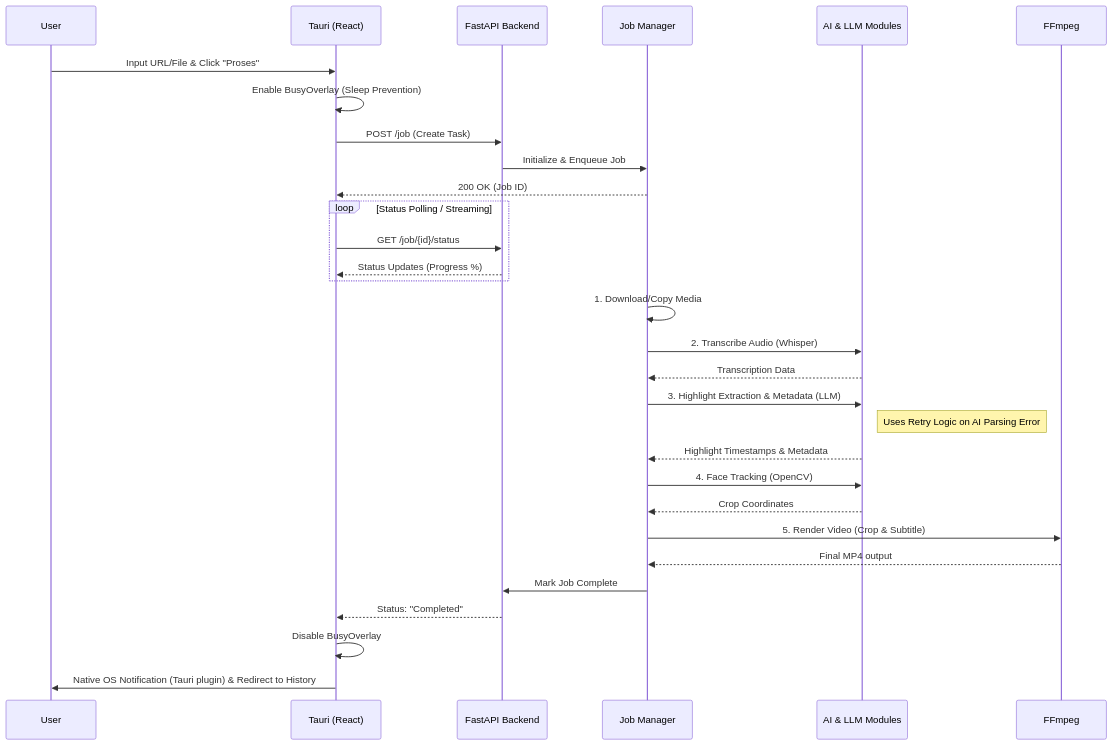
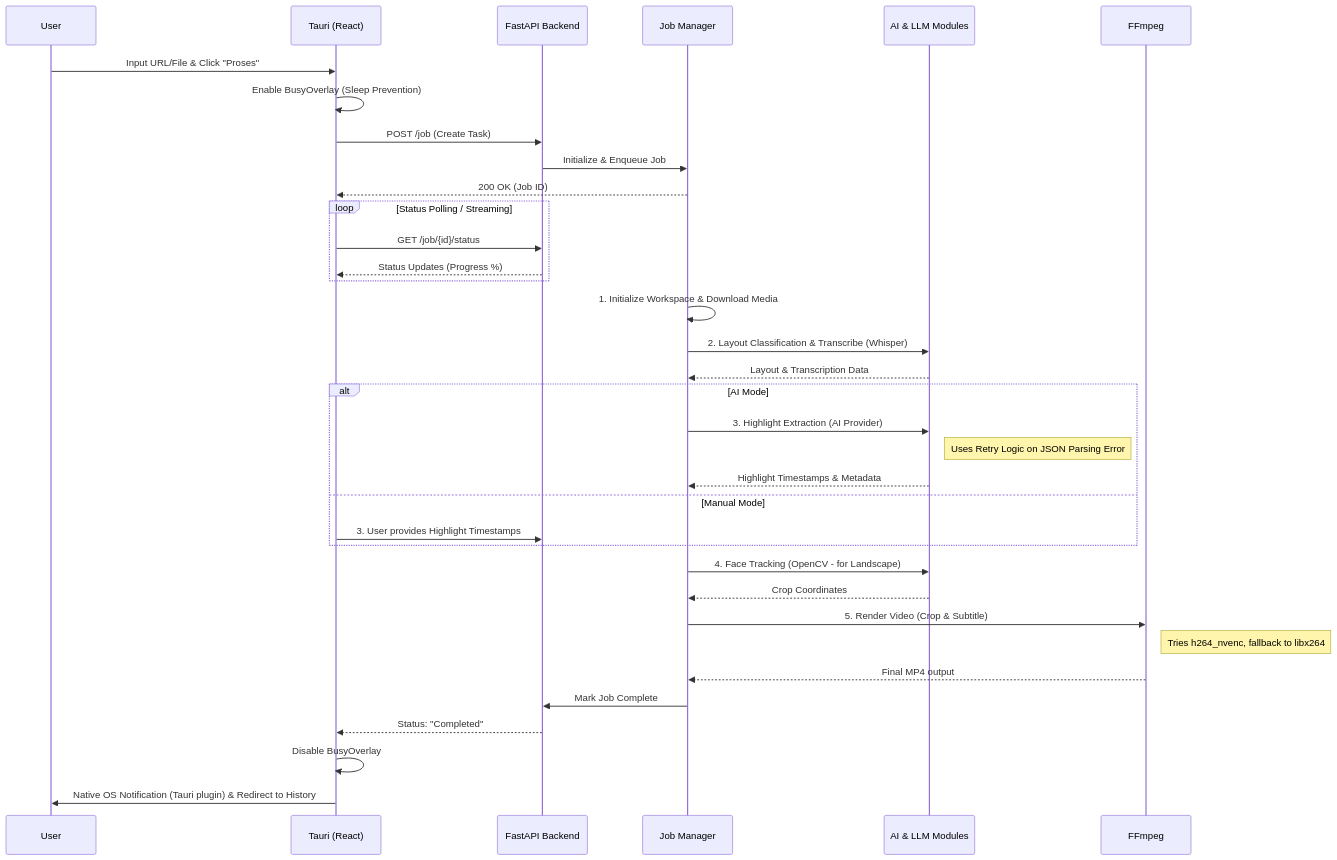
One commit to DhimasPH/auto-clipper changed the second of 2 diagrams in TECHNICAL_DESIGN.md. Above: the diagram before and after it, drawn with Mermaid. The commit also changed other lines of this file and 2 other files, not shown here.

Commit message:
docs: add project workspaces, AI provider registry, manual editor mode, and hardware encoding fallback details

````diff
--- a/TECHNICAL_DESIGN.md
+++ b/TECHNICAL_DESIGN.md
@@ -38,39 +38,44 @@
 ```mermaid
 sequenceDiagram
     participant User
     participant Frontend as Tauri (React)
     participant API as FastAPI Backend
     participant JobMgr as Job Manager
     participant AI as AI & LLM Modules
     participant FFmpeg as FFmpeg
 
     User->>Frontend: Input URL/File & Click "Proses"
     Frontend->>Frontend: Enable BusyOverlay (Sleep Prevention)
     Frontend->>API: POST /job (Create Task)
     API->>JobMgr: Initialize & Enqueue Job
     JobMgr-->>Frontend: 200 OK (Job ID)
     
     loop Status Polling / Streaming
         Frontend->>API: GET /job/{id}/status
         API-->>Frontend: Status Updates (Progress %)
     end
     
-    JobMgr->>JobMgr: 1. Download/Copy Media
-    JobMgr->>AI: 2. Transcribe Audio (Whisper)
-    AI-->>JobMgr: Transcription Data
+    JobMgr->>JobMgr: 1. Initialize Workspace & Download Media
+    JobMgr->>AI: 2. Layout Classification & Transcribe (Whisper)
+    AI-->>JobMgr: Layout & Transcription Data
     
-    JobMgr->>AI: 3. Highlight Extraction & Metadata (LLM)
-    Note right of AI: Uses Retry Logic on AI Parsing Error
-    AI-->>JobMgr: Highlight Timestamps & Metadata
+    alt AI Mode
+        JobMgr->>AI: 3. Highlight Extraction (AI Provider)
+        Note right of AI: Uses Retry Logic on JSON Parsing Error
+        AI-->>JobMgr: Highlight Timestamps & Metadata
+    else Manual Mode
+        Frontend->>API: 3. User provides Highlight Timestamps
+    end
     
-    JobMgr->>AI: 4. Face Tracking (OpenCV)
+    JobMgr->>AI: 4. Face Tracking (OpenCV - for Landscape)
     AI-->>JobMgr: Crop Coordinates
     
     JobMgr->>FFmpeg: 5. Render Video (Crop & Subtitle)
+    Note right of FFmpeg: Tries h264_nvenc, fallback to libx264
     FFmpeg-->>JobMgr: Final MP4 output
     
     JobMgr->>API: Mark Job Complete
     API-->>Frontend: Status: "Completed"
     Frontend->>Frontend: Disable BusyOverlay
     Frontend->>User: Native OS Notification (Tauri plugin) & Redirect to History
 ```
````
